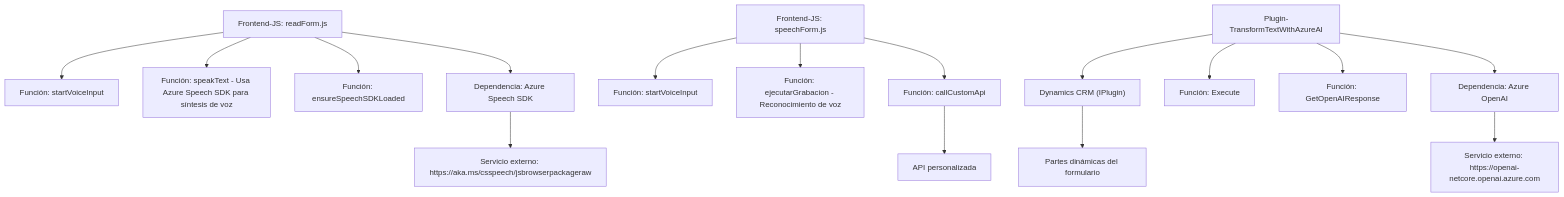
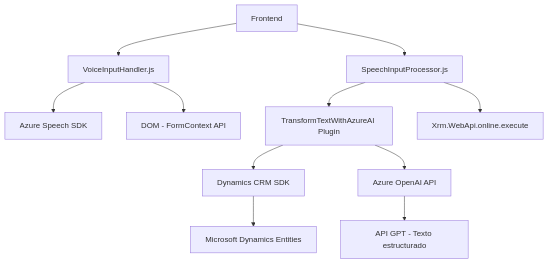
The diagram in README.md (blopezdm/NETCORE_BILBAO2025), drawn with Mermaid before and after one commit. The commit also changed other lines of this file, not shown here.

````diff
--- a/README.md
+++ b/README.md
@@ -37,21 +38,16 @@
 ```mermaid
 graph TD
-    A["Frontend-JS: readForm.js"] --> B["Función: startVoiceInput"]
-    A --> C["Función: speakText - Usa Azure Speech SDK para síntesis de voz"]
-    A --> D["Función: ensureSpeechSDKLoaded"]
-    A --> E["Dependencia: Azure Speech SDK"]
+A["Frontend"] --> B["VoiceInputHandler.js"]
+B --> C["Azure Speech SDK"]
+B --> D["DOM - FormContext API"]
 
-    F["Frontend-JS: speechForm.js"] --> G["Función: startVoiceInput"]
-    F --> H["Función: ejecutarGrabacion - Reconocimiento de voz"]
-    F --> I["Función: callCustomApi"]
-    I --> J["API personalizada"]
+A --> E["SpeechInputProcessor.js"]
+E --> F["Custom API - TransformTextWithAzureAI"]
+E --> G["Xrm.WebApi.online.execute"]
 
-    K["Plugin-TransformTextWithAzureAI"] --> L["Dynamics CRM (IPlugin)"]
-    K --> M["Función: Execute"]
-    K --> N["Función: GetOpenAIResponse"]
-    K --> O["Dependencia: Azure OpenAI"]
-    L --> P["Partes dinámicas del formulario"]
+F["TransformTextWithAzureAI Plugin"] --> H["Dynamics CRM SDK"]
+F --> I["Azure OpenAI API"]
 
-    E --> Q["Servicio externo: https://aka.ms/csspeech/jsbrowserpackageraw"]
-    O --> R["Servicio externo: https://openai-netcore.openai.azure.com"]
+H --> J["Microsoft Dynamics Entities"]
+I --> K["API GPT - Texto estructurado"]
 ```
````
